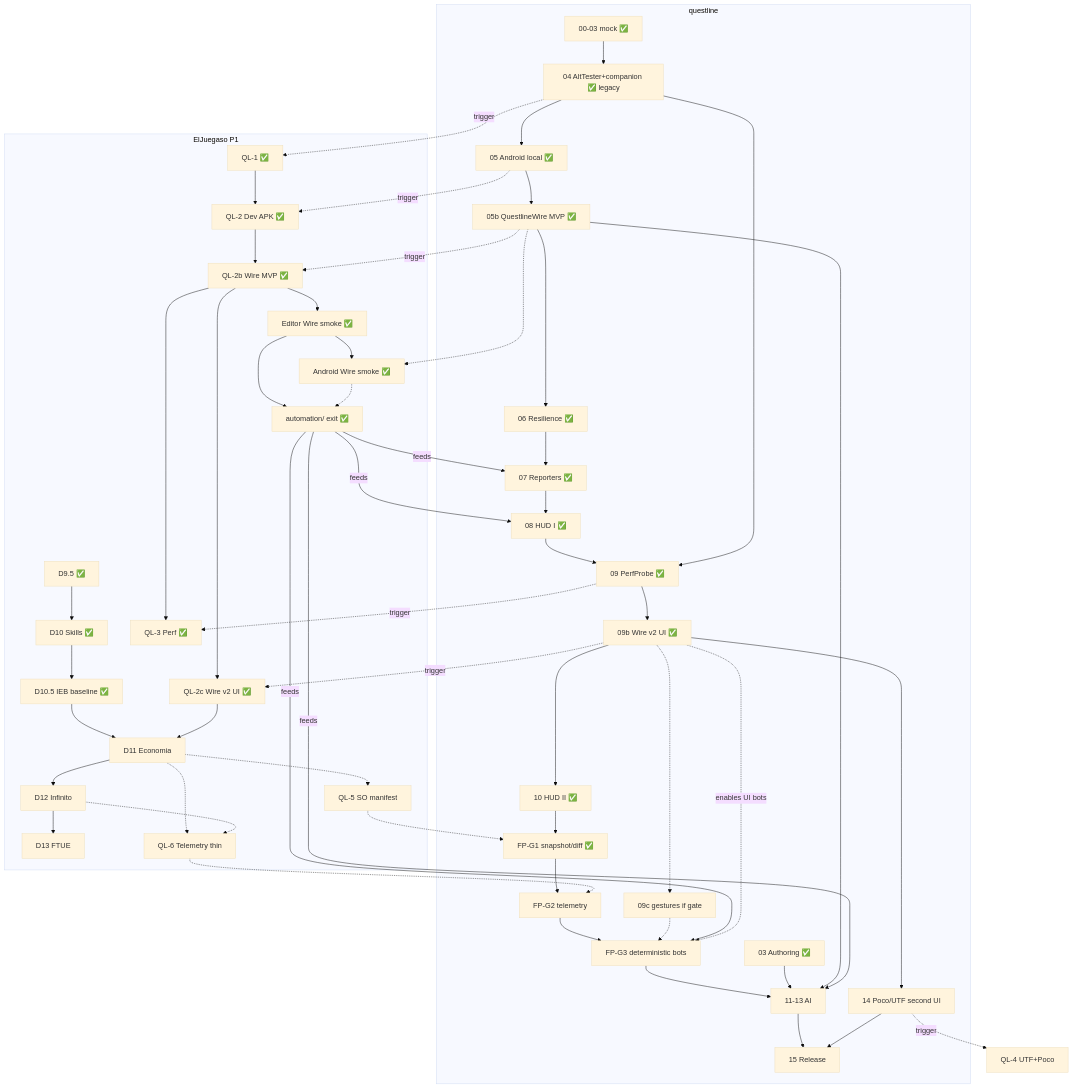
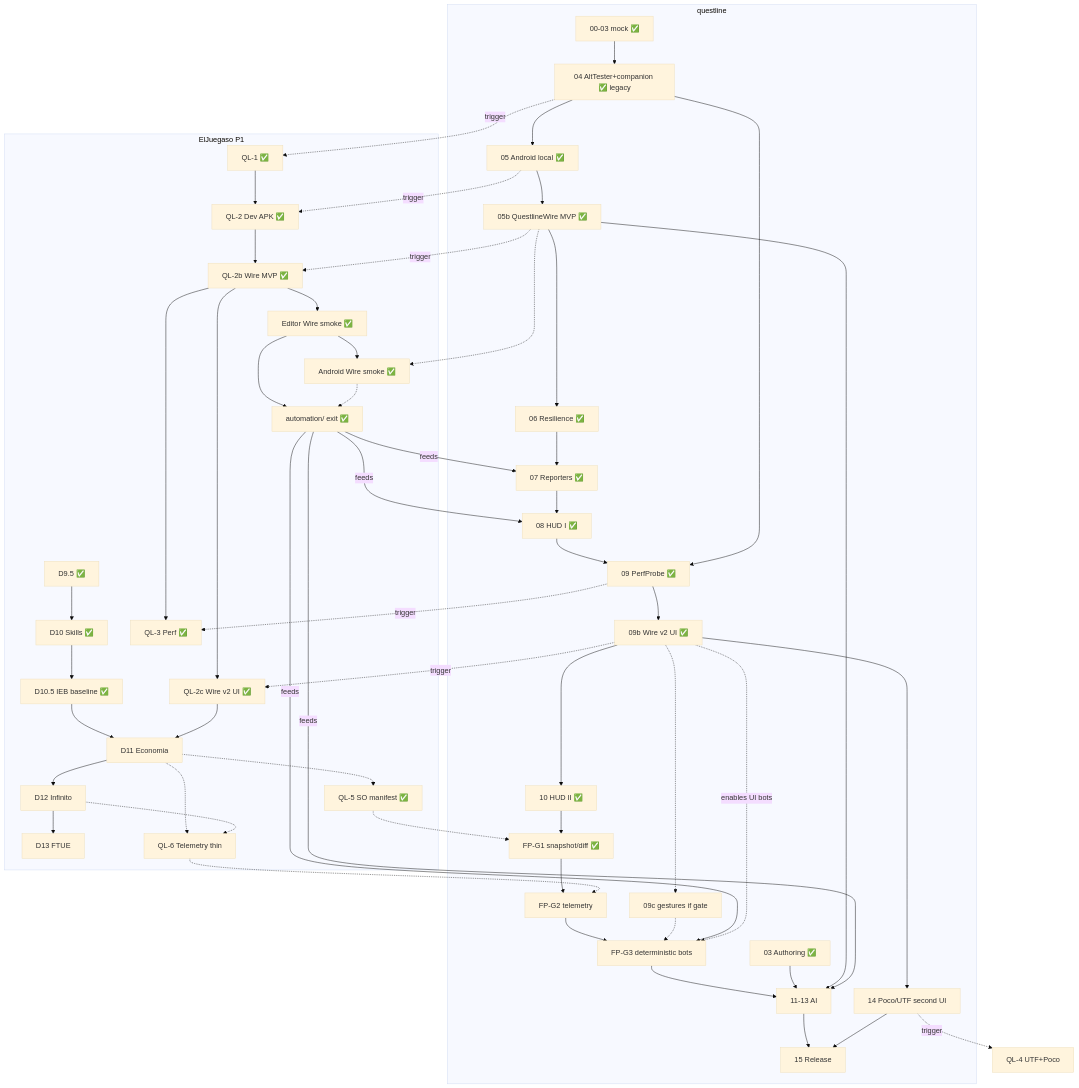
One commit to Knutronko/questline changed the diagram in docs/STATUS-DUAL.md. Above: the diagram before and after it, drawn with Mermaid (base theme). The commit also changed other lines of this file, not shown here.

First line of the commit message:
docs: mark QL-5 GameLens manifest done on dual board

````diff
--- a/docs/STATUS-DUAL.md
+++ b/docs/STATUS-DUAL.md
@@ -108,61 +108,61 @@
 ```mermaid
 flowchart TB
   subgraph QL[questline]
     Q0[00-03 mock ✅] --> Q4[04 AltTester+companion ✅ legacy]
     Q4 --> Q5[05 Android local ✅]
     Q5 --> Q5b[05b QuestlineWire MVP ✅]
     Q5b --> Q6[06 Resilience ✅]
     Q6 --> Q7[07 Reporters ✅]
     Q7 --> Q8[08 HUD I ✅]
     Q8 --> Q9[09 PerfProbe ✅]
     Q9 --> Q9b[09b Wire v2 UI ✅]
     Q9b --> Q10[10 HUD II ✅]
     Q10 --> FPG1[FP-G1 snapshot/diff ✅]
     FPG1 --> FPG2[FP-G2 telemetry]
     FPG2 --> FPG3[FP-G3 deterministic bots]
     FPG3 --> Q11[11-13 AI]
     Q9b -.-> Q09c[09c gestures if gate]
     Q09c -.-> FPG3
     Q4 --> Q9
     Q3[03 Authoring ✅] --> Q11
     Q5b --> Q11
     Q9b --> Q14[14 Poco/UTF second UI]
     Q11 --> Q15[15 Release]
     Q14 --> Q15
   end
 
   subgraph Game[ElJuegaso P1]
     D95[D9.5 ✅] --> D10[D10 Skills ✅]
     D10 --> D105[D10.5 IEB baseline ✅]
     D105 --> D11[D11 Economia]
     D11 --> D12[D12 Infinito]
     D12 --> D13[D13 FTUE]
     QL1[QL-1 ✅] --> QL2[QL-2 Dev APK ✅]
     QL2 --> QL2b[QL-2b Wire MVP ✅]
     QL2b --> LiveEd[Editor Wire smoke ✅]
     LiveEd --> Auto[automation/ exit ✅]
     LiveEd --> LiveAnd[Android Wire smoke ✅]
     LiveAnd -.-> Auto
     QL2b --> QL3[QL-3 Perf ✅]
     QL2b --> QL2c[QL-2c Wire v2 UI ✅]
     QL2c --> D11
-    D11 -.-> QL5[QL-5 SO manifest]
+    D11 -.-> QL5[QL-5 SO manifest ✅]
     QL5 -.-> FPG1
     D11 -.-> QL6[QL-6 Telemetry thin]
     QL6 -.-> FPG2
     D12 -.-> QL6
     Auto -->|feeds| FPG3
   end
 
   Q4 -.->|trigger| QL1
   Q5 -.->|trigger| QL2
   Q5b -.->|trigger| QL2b
   Q5b -.-> LiveAnd
   Q9 -.->|trigger| QL3
   Q9b -.->|trigger| QL2c
   Q14 -.->|trigger| QL4[QL-4 UTF+Poco]
   Auto -->|feeds| Q7
   Auto -->|feeds| Q8
   Auto -->|feeds| Q11
   Q9b -.->|enables UI bots| FPG3
 ```
````
